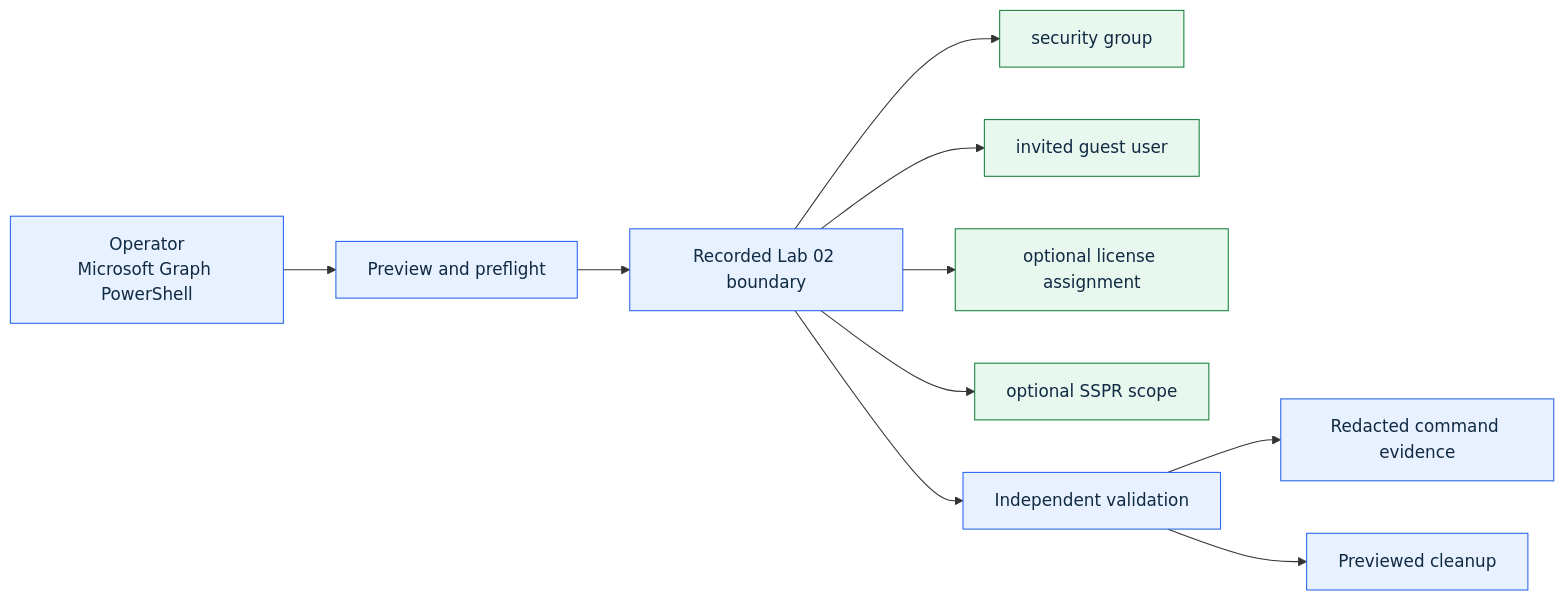
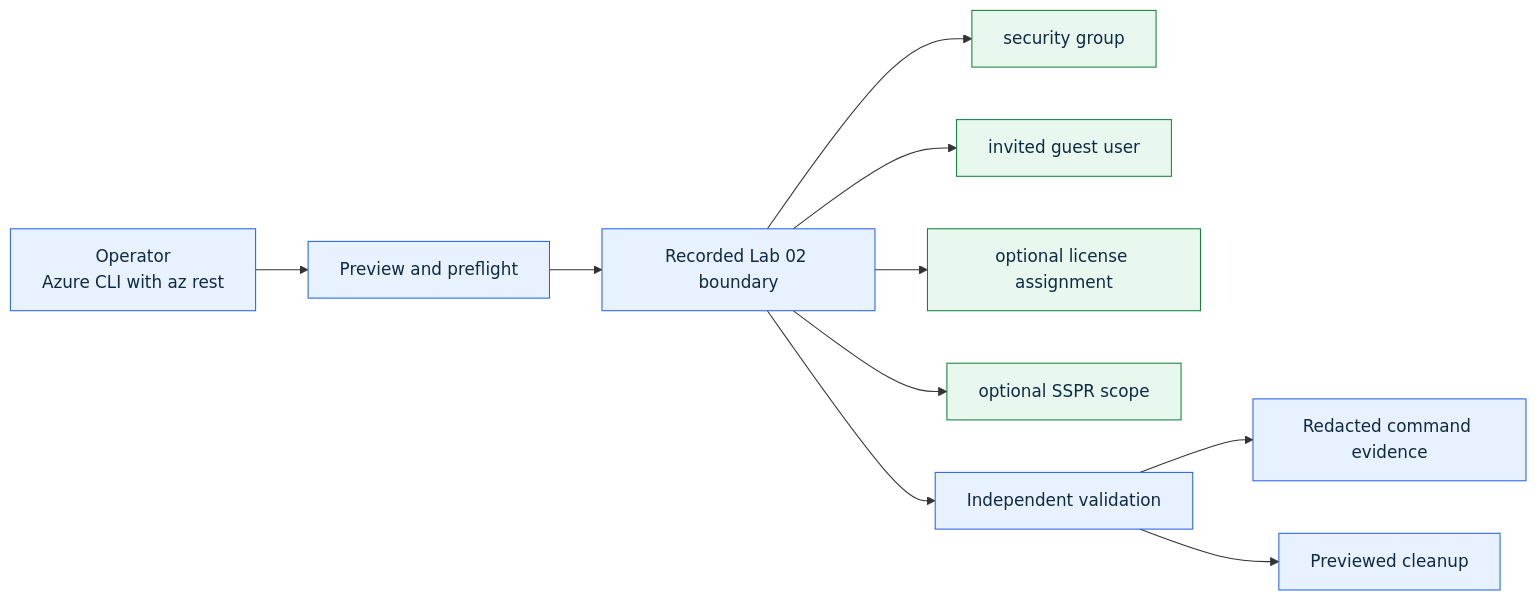
Before and after one commit to amineMehdi/az104-azure-administrator-labs: the diagram in labs/02-entra-licenses-guests-sspr/diagrams/architecture.mmd, drawn with Mermaid. The commit also changed 387 other files, not shown here.

Commit message:
feat: standardize labs on Azure CLI PowerShell lanes

```diff
--- a/labs/02-entra-licenses-guests-sspr/diagrams/architecture.mmd
+++ b/labs/02-entra-licenses-guests-sspr/diagrams/architecture.mmd
@@ -1,14 +1,14 @@
 flowchart LR
-    A["Operator<br/>Microsoft Graph PowerShell"] --> P["Preview and preflight"]
+    A["Operator<br/>Azure CLI with az rest"] --> P["Preview and preflight"]
     P --> S["Recorded Lab 02 boundary"]
     S --> R1["security group"]
     S --> R2["invited guest user"]
     S --> R3["optional license assignment"]
     S --> R4["optional SSPR scope"]
     S --> V["Independent validation"]
     V --> E["Redacted command evidence"]
     V --> C["Previewed cleanup"]
     classDef control fill:#e8f1ff,stroke:#2563eb,color:#102a43;
     classDef resource fill:#e9f8ef,stroke:#16803a,color:#102a43;
     class A,P,S,V,E,C control;
     class R1,R2,R3,R4 resource;
```
